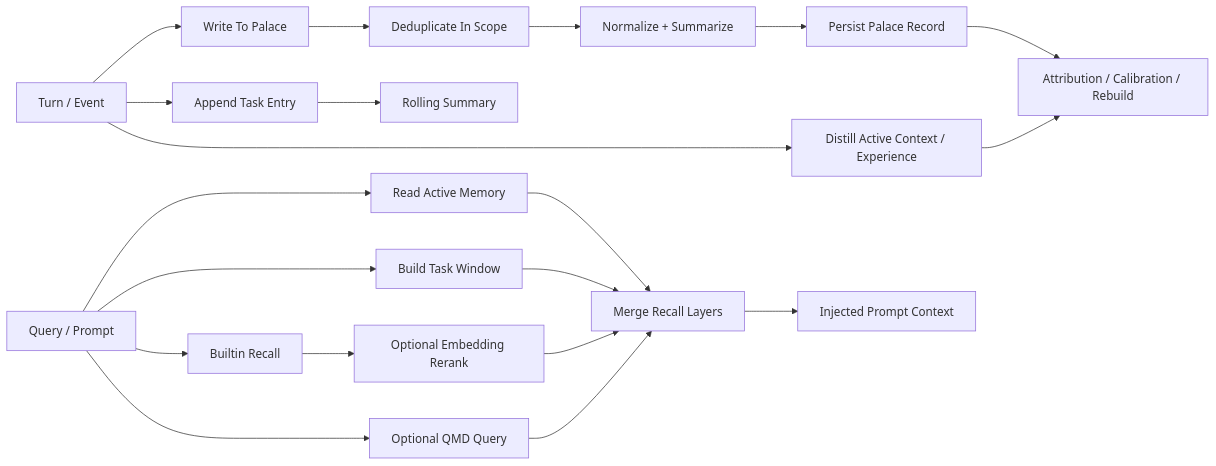
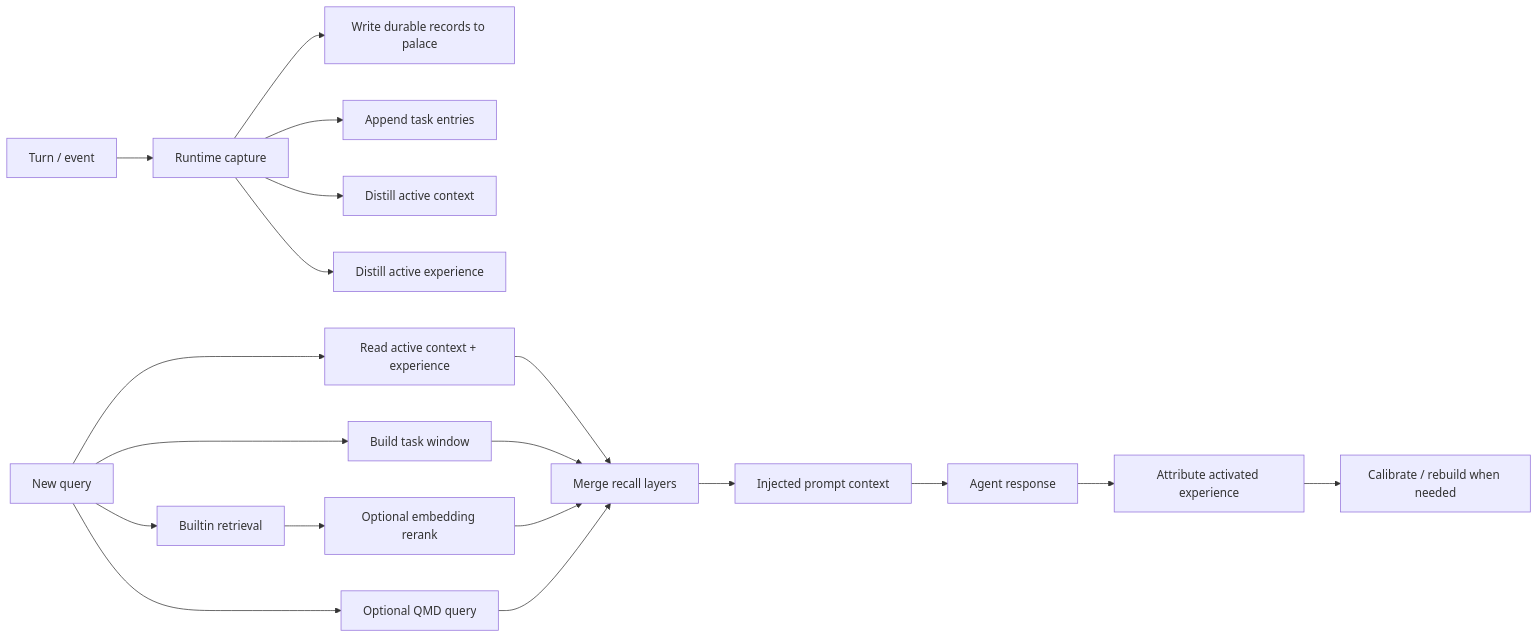
Before and after one commit to daisyluvr42/marvmem: the second of 2 diagrams in README.md, drawn with Mermaid. The commit also changed other lines of this file and 1 other file, not shown here.

Commit message:
Rewrite documentation and architecture diagrams

````diff
--- a/README.md
+++ b/README.md
@@ -153,26 +149,24 @@
 ```mermaid
 flowchart LR
-  Turn["Turn / Event"] --> PalaceWrite["Write To Palace"]
-  PalaceWrite --> Dedupe["Deduplicate In Scope"]
-  Dedupe --> Normalize["Normalize + Summarize"]
-  Normalize --> PalaceStore["Persist Palace Record"]
+  Turn["Turn / event"] --> Capture["Runtime capture"]
+  Capture --> PalaceWrite["Write durable records to palace"]
+  Capture --> TaskAppend["Append task entries"]
+  Capture --> ContextDistill["Distill active context"]
+  Capture --> ExperienceDistill["Distill active experience"]
 
-  Turn --> TaskWrite["Append Task Entry"]
-  TaskWrite --> TaskSummary["Rolling Summary"]
-  Turn --> ActiveDistill["Distill Active Context / Experience"]
+  Query["New query"] --> ActiveRead["Read active context + experience"]
+  Query --> TaskWindow["Build task window"]
+  Query --> Builtin["Builtin retrieval"]
+  Builtin --> Rerank["Optional embedding rerank"]
+  Query --> QMD["Optional QMD query"]
 
-  Query["Query / Prompt"] --> ActiveRecall["Read Active Memory"]
-  Query --> TaskWindow["Build Task Window"]
-  Query --> Builtin["Builtin Recall"]
-  Builtin --> Embed["Optional Embedding Rerank"]
-  Query --> Qmd["Optional QMD Query"]
+  ActiveRead --> Merge["Merge recall layers"]
+  TaskWindow --> Merge
+  Rerank --> Merge
+  QMD --> Merge
+  Merge --> Prompt["Injected prompt context"]
 
-  ActiveRecall --> Merge["Merge Recall Layers"]
-  TaskWindow --> Merge
-  Embed --> Merge
-  Qmd --> Merge
-  Merge --> Output["Injected Prompt Context"]
-
-  PalaceStore --> Maintenance["Attribution / Calibration / Rebuild"]
-  ActiveDistill --> Maintenance
+  Prompt --> Response["Agent response"]
+  Response --> Attribution["Attribute activated experience"]
+  Attribution --> Calibration["Calibrate / rebuild when needed"]
 ```
````
